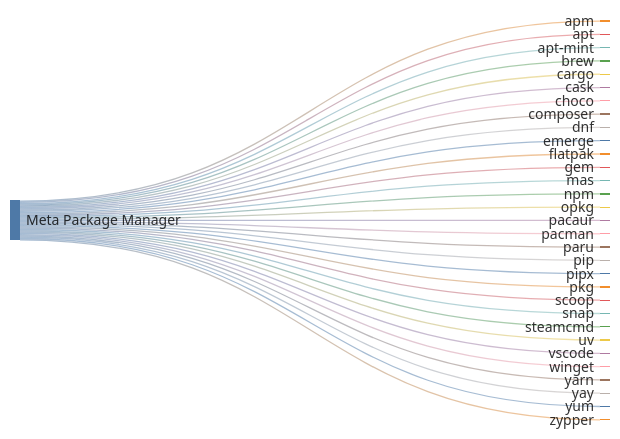
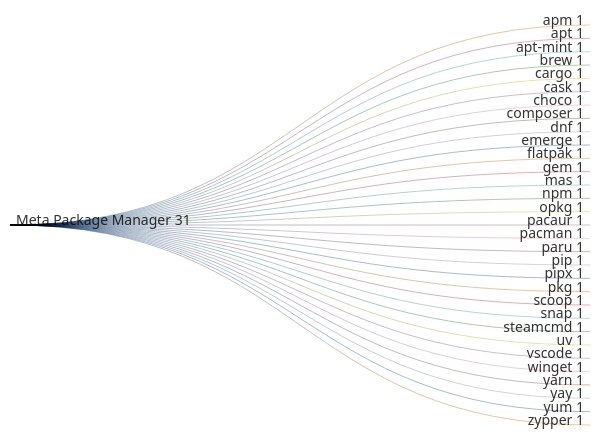
The diagram in readme.md (kdeldycke/meta-package-manager), drawn with Mermaid before and after one commit. The commit also changed other lines of this file, not shown here.

````diff
--- a/readme.md
+++ b/readme.md
@@ -64,40 +64,35 @@
 ```mermaid
----
-config:
-  sankey:
-    showValues: false
----
 sankey-beta
 
 Meta Package Manager,apm,1
 Meta Package Manager,apt,1
 Meta Package Manager,apt-mint,1
 Meta Package Manager,brew,1
 Meta Package Manager,cargo,1
 Meta Package Manager,cask,1
 Meta Package Manager,choco,1
 Meta Package Manager,composer,1
 Meta Package Manager,dnf,1
 Meta Package Manager,emerge,1
 Meta Package Manager,flatpak,1
 Meta Package Manager,gem,1
 Meta Package Manager,mas,1
 Meta Package Manager,npm,1
 Meta Package Manager,opkg,1
 Meta Package Manager,pacaur,1
 Meta Package Manager,pacman,1
 Meta Package Manager,paru,1
 Meta Package Manager,pip,1
 Meta Package Manager,pipx,1
 Meta Package Manager,pkg,1
 Meta Package Manager,scoop,1
 Meta Package Manager,snap,1
 Meta Package Manager,steamcmd,1
 Meta Package Manager,uv,1
 Meta Package Manager,vscode,1
 Meta Package Manager,winget,1
 Meta Package Manager,yarn,1
 Meta Package Manager,yay,1
 Meta Package Manager,yum,1
 Meta Package Manager,zypper,1
 ```
````
